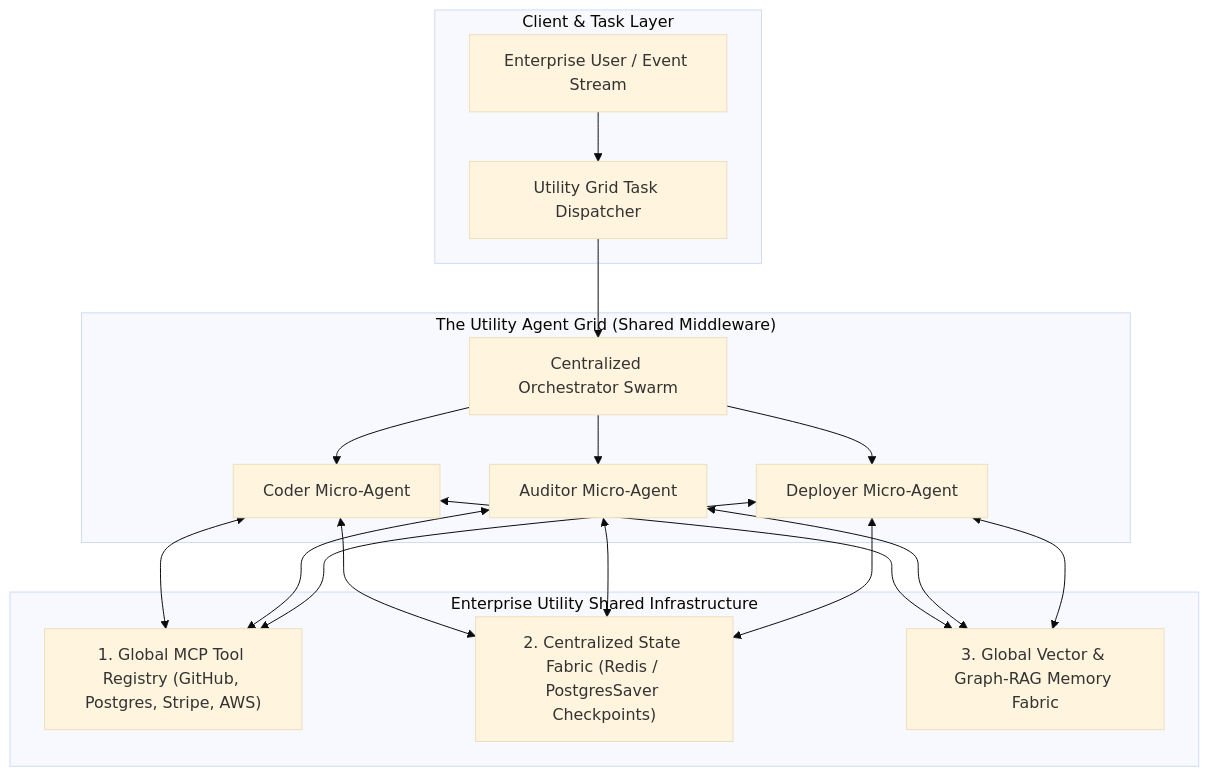
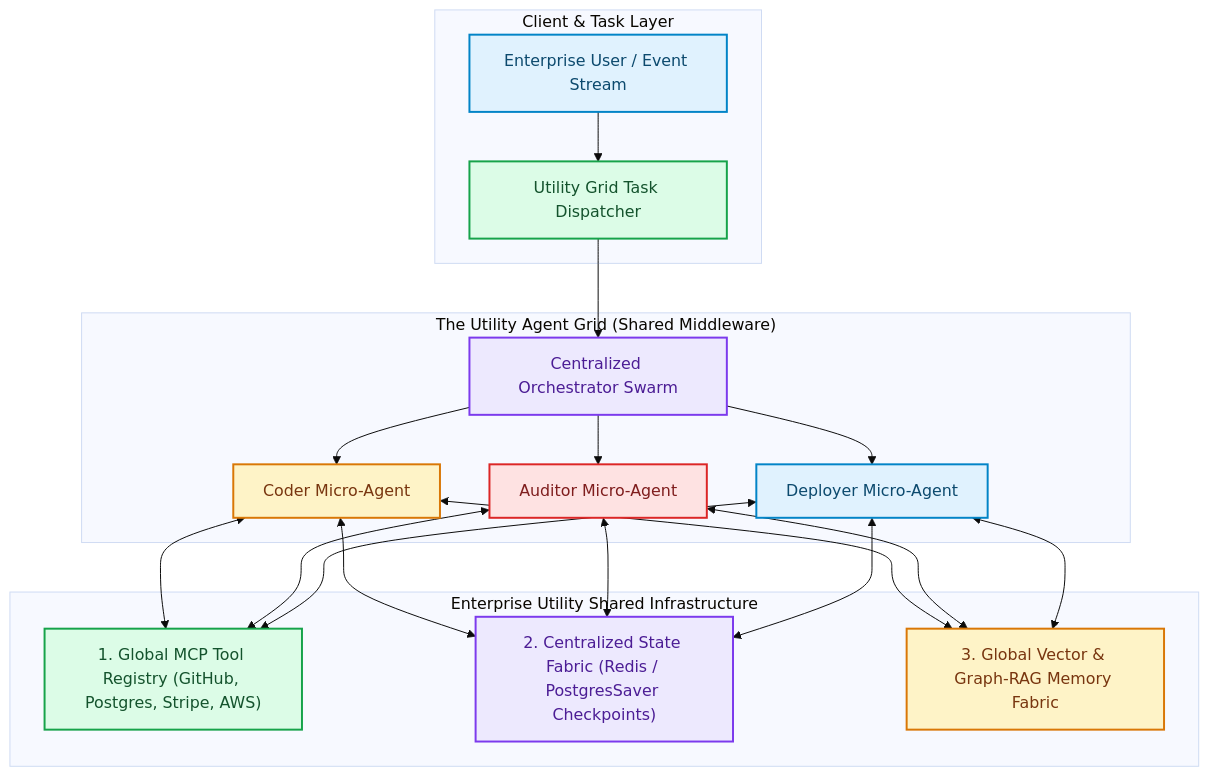
Before and after one commit to akmalkhaniub/akmalkhaniub.github.io: the second of 2 diagrams in blog/posts/electric-grid-transition-ai-agents-utility-scale-compute-fabrics.md, drawn with Mermaid (base theme). The commit also changed other lines of this file and 1291 other files, not shown here.

First line of the commit message:
feat(catalog): unique covers, scholarly references, and diagram palettes

````diff
--- a/blog/posts/electric-grid-transition-ai-agents-utility-scale-compute-fabrics.md
+++ b/blog/posts/electric-grid-transition-ai-agents-utility-scale-compute-fabrics.md
@@ -54,19 +65,30 @@
 ```mermaid
 flowchart TD
   subgraph SG2_ClientTaskLayer ["Client & Task Layer"]
-    User[Enterprise User / Event Stream] --> Dispatcher[Utility Grid Task Dispatcher]
+    User["Enterprise User / Event Stream"] --> Dispatcher["Utility Grid Task Dispatcher"]
   end
 
   subgraph SG3_TheUtilityAgent ["The Utility Agent Grid (Shared Middleware)"]
-    Dispatcher --> Supervisor[Centralized Orchestrator Swarm]
-    Supervisor --> Coder[Coder Micro-Agent]
-    Supervisor --> Auditor[Auditor Micro-Agent]
-    Supervisor --> Deployer[Deployer Micro-Agent]
+    Dispatcher --> Supervisor["Centralized Orchestrator Swarm"]
+    Supervisor --> Coder["Coder Micro-Agent"]
+    Supervisor --> Auditor["Auditor Micro-Agent"]
+    Supervisor --> Deployer["Deployer Micro-Agent"]
   end
 
   subgraph SG4_EnterpriseUtilityShared ["Enterprise Utility Shared Infrastructure"]
     Coder & Auditor & Deployer <--> SharedMCP["1. Global MCP Tool Registry (GitHub, Postgres, Stripe, AWS)"]
     Coder & Auditor & Deployer <--> SharedState["2. Centralized State Fabric (Redis / PostgresSaver Checkpoints)"]
     Coder & Auditor & Deployer <--> SharedMemory["3. Global Vector & Graph-RAG Memory Fabric"]
   end
+
+classDef green fill:#dcfce7,stroke:#16a34a,stroke-width:2px,color:#14532d;
+classDef red fill:#fee2e2,stroke:#dc2626,stroke-width:2px,color:#7f1d1d;
+classDef blue fill:#e0f2fe,stroke:#0284c7,stroke-width:2px,color:#0c4a6e;
+classDef yellow fill:#fef3c7,stroke:#d97706,stroke-width:2px,color:#78350f;
+classDef purple fill:#ede9fe,stroke:#7c3aed,stroke-width:2px,color:#4c1d95;
+class User,Deployer blue
+class Dispatcher,SharedMCP green
+class Supervisor,SharedState purple
+class Coder,SharedMemory yellow
+class Auditor red
 ```
````
